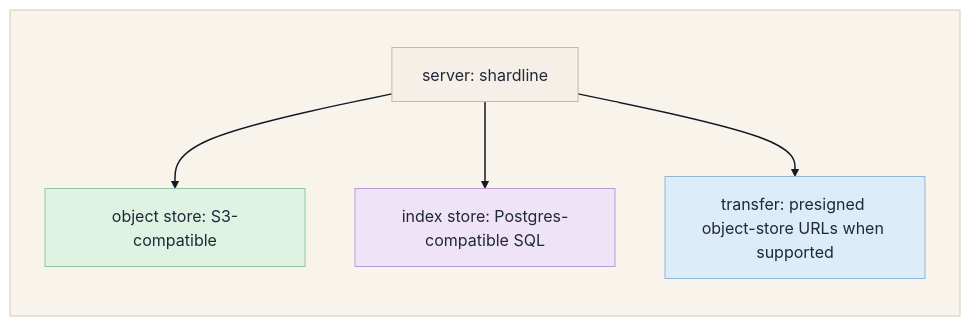
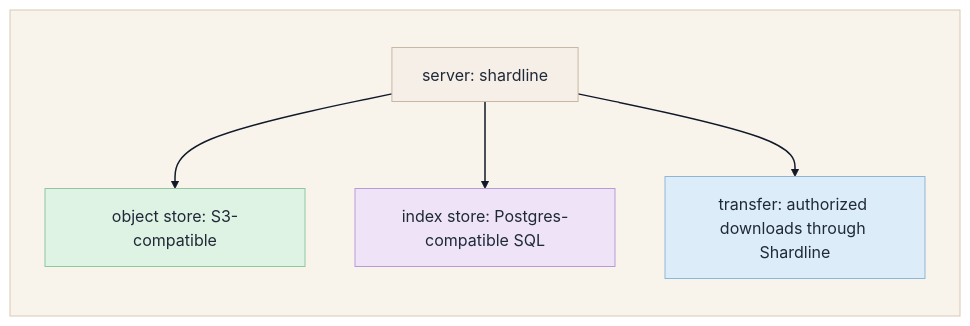
Before and after one commit to STEXS-Technologies/shardline: the second of 3 diagrams in docs/DEPLOYMENT.md, drawn with Mermaid (forest theme). The commit also changed 2 other files, not shown here.

Commit message:
docs(storage): require Shardline-mediated client downloads

````diff
--- a/docs/DEPLOYMENT.md
+++ b/docs/DEPLOYMENT.md
@@ -159,21 +159,21 @@
 ```mermaid
 flowchart TD
   subgraph Canvas[ ]
     direction TD
     Server[server: shardline]
     Server --> Object[object store: S3-compatible]
     Server --> Index[index store: Postgres-compatible SQL]
-    Server --> Transfer[transfer: presigned object-store URLs when supported]
+    Server --> Transfer[transfer: authorized downloads through Shardline]
   end
 
   style Canvas fill:#f8f4ec,stroke:#d7c9b2,color:#1f2937;
   classDef server fill:#f6efe8,stroke:#c7b8a3,color:#1f2937;
   classDef storage fill:#dff3e4,stroke:#90c6a0,color:#1f2937;
   classDef data fill:#efe3f8,stroke:#b89bd6,color:#1f2937;
   classDef flow fill:#dcecf8,stroke:#8db7d8,color:#1f2937;
   class Server server;
   class Object storage;
   class Index data;
   class Transfer flow;
   linkStyle default stroke:#111827,stroke-width:1.5px;
 ```
````
